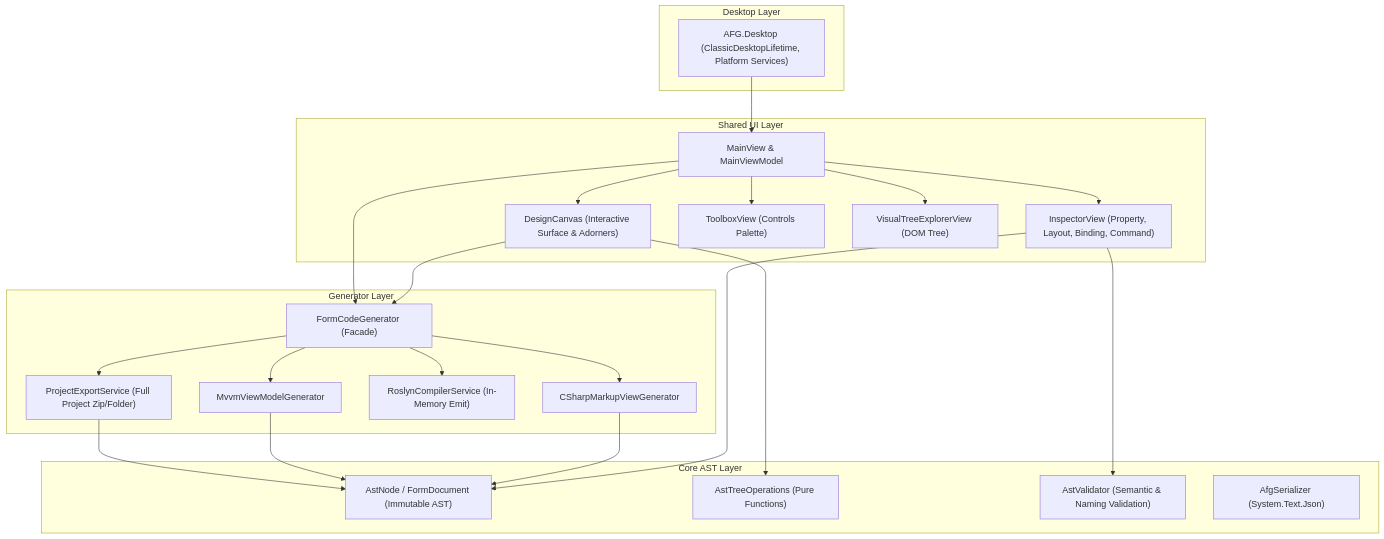
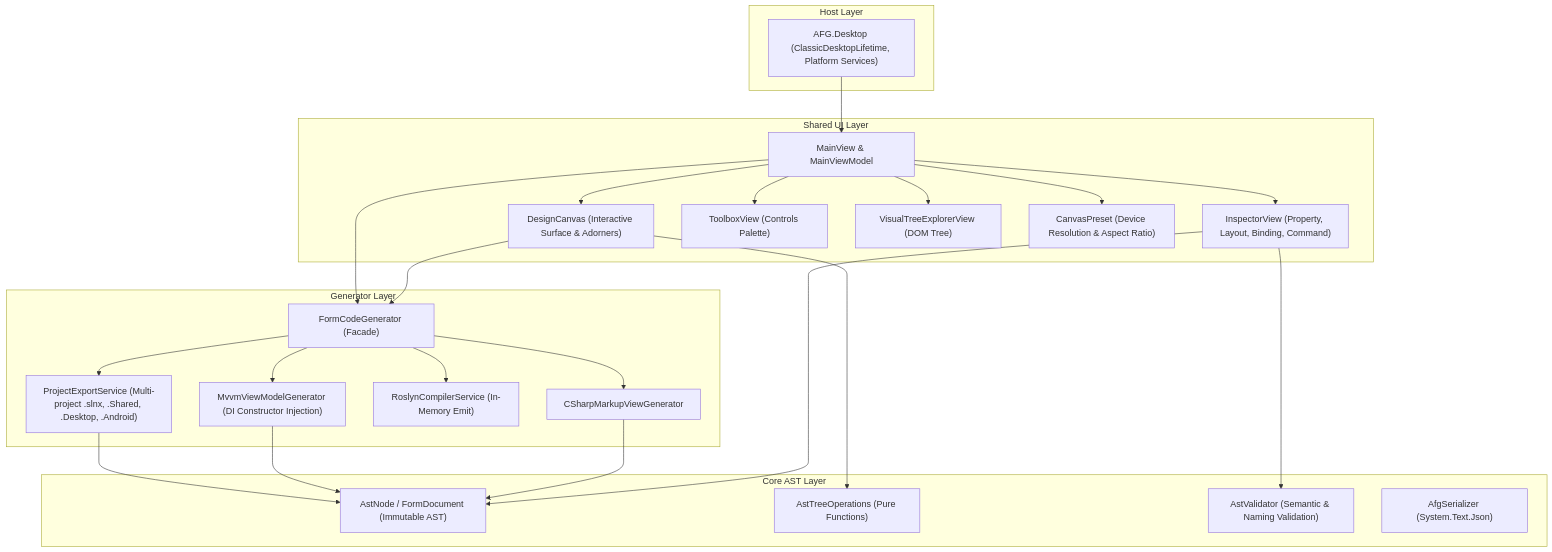
Before and after one commit to willy050209/Avalonia-Form-Generator: the first of 3 diagrams in docs/architecture.md, drawn with Mermaid. The commit also changed other lines of this file and 3 other files, not shown here.

Commit message:
docs: update README and docs/ with DI architecture, multi-project solution structure, and custom resolution user guide

````diff
--- a/docs/architecture.md
+++ b/docs/architecture.md
@@ -28,49 +28,51 @@
 ```mermaid
 graph TD
-    subgraph Desktop Layer
+    subgraph Host Layer
         Desktop["AFG.Desktop (ClassicDesktopLifetime, Platform Services)"]
     end
 
     subgraph Shared UI Layer
         MainView["MainView & MainViewModel"]
         DesignCanvas["DesignCanvas (Interactive Surface & Adorners)"]
         Inspector["InspectorView (Property, Layout, Binding, Command)"]
         Toolbox["ToolboxView (Controls Palette)"]
         VisualTree["VisualTreeExplorerView (DOM Tree)"]
+        CanvasPreset["CanvasPreset (Device Resolution & Aspect Ratio)"]
     end
 
     subgraph Generator Layer
         FormCodeGen["FormCodeGenerator (Facade)"]
         MarkupGen["CSharpMarkupViewGenerator"]
-        MvvmGen["MvvmViewModelGenerator"]
+        MvvmGen["MvvmViewModelGenerator (DI Constructor Injection)"]
         RoslynComp["RoslynCompilerService (In-Memory Emit)"]
-        ExportSvc["ProjectExportService (Full Project Zip/Folder)"]
+        ExportSvc["ProjectExportService (Multi-project .slnx, .Shared, .Desktop, .Android)"]
     end
 
     subgraph Core AST Layer
         AstModel["AstNode / FormDocument (Immutable AST)"]
         AstOps["AstTreeOperations (Pure Functions)"]
         AstValid["AstValidator (Semantic & Naming Validation)"]
         Serializer["AfgSerializer (System.Text.Json)"]
     end
 
     Desktop --> MainView
     MainView --> DesignCanvas
     MainView --> Inspector
     MainView --> Toolbox
     MainView --> VisualTree
+    MainView --> CanvasPreset
     
     DesignCanvas --> FormCodeGen
     Inspector --> AstModel
     MainView --> FormCodeGen
     FormCodeGen --> MarkupGen
     FormCodeGen --> MvvmGen
     FormCodeGen --> RoslynComp
     FormCodeGen --> ExportSvc
     
     MarkupGen --> AstModel
     MvvmGen --> AstModel
     ExportSvc --> AstModel
     DesignCanvas --> AstOps
     Inspector --> AstValid
 ```
````
